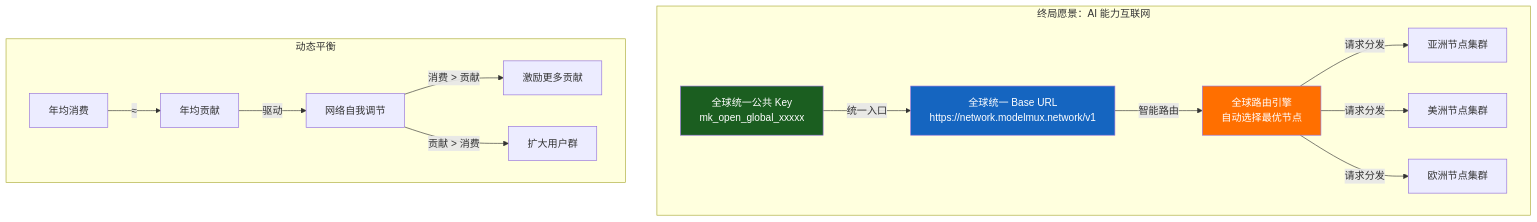
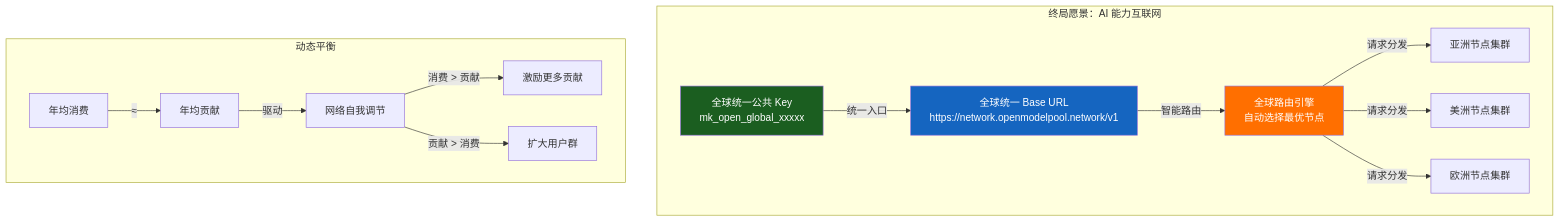
One commit to lisiyu/modelmux changed diagram 17 of 17 in docs/ModelMux_P2P_Architecture.md. Above: the diagram before and after it, drawn with Mermaid. The commit also changed other lines of this file and 74 other files, not shown here.

````diff
--- a/docs/ModelMux_P2P_Architecture.md
+++ b/docs/ModelMux_P2P_Architecture.md
@@ -1772,21 +1772,21 @@
 ```mermaid
 graph TB
     subgraph "终局愿景：AI 能力互联网"
-        GKEY[全球统一公共 Key<br/>mk_open_global_xxxxx] -->|统一入口| GURL[全球统一 Base URL<br/>https://network.modelmux.network/v1]
+        GKEY[全球统一公共 Key<br/>mk_open_global_xxxxx] -->|统一入口| GURL[全球统一 Base URL<br/>https://network.openmodelpool.network/v1]
         GURL -->|智能路由| ROUTER[全球路由引擎<br/>自动选择最优节点]
         ROUTER -->|请求分发| N1[亚洲节点集群]
         ROUTER -->|请求分发| N2[美洲节点集群]
         ROUTER -->|请求分发| N3[欧洲节点集群]
     end
     
     subgraph "动态平衡"
         YC[年均消费] -->|≈| YP[年均贡献]
         YP -->|驱动| NET[网络自我调节]
         NET -->|消费 > 贡献| INC[激励更多贡献]
         NET -->|贡献 > 消费| EXP[扩大用户群]
     end
     
     style GKEY fill:#1B5E20,color:#fff
     style GURL fill:#1565C0,color:#fff
     style ROUTER fill:#FF6F00,color:#fff
 ```
````
